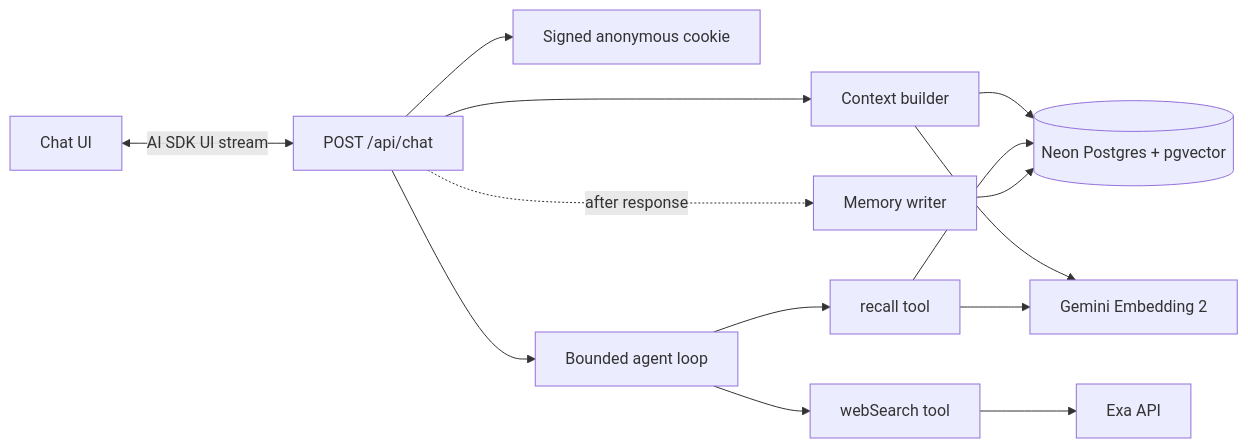
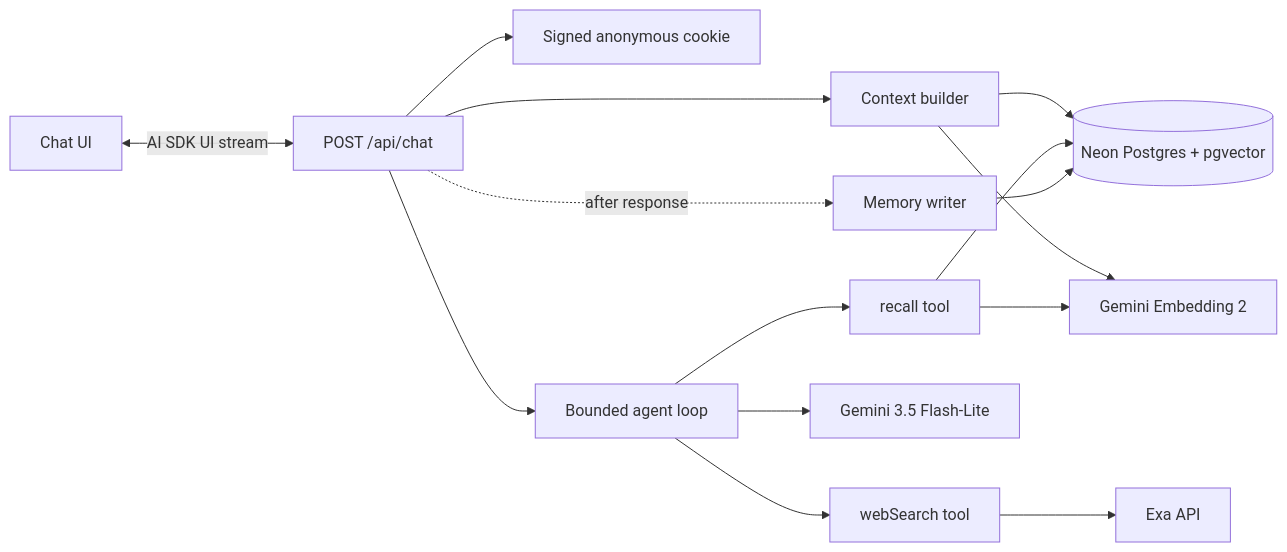
Before and after one commit to shashwat558/best-chat-agent: the first of 2 diagrams in DESIGN.md, drawn with Mermaid. The commit also changed 2 other files, not shown here.

Commit message:
change from groq to gemini

````diff
--- a/DESIGN.md
+++ b/DESIGN.md
@@ -7,16 +7,17 @@
 ```mermaid
 flowchart LR
   UI[Chat UI] <-->|AI SDK UI stream| Route[POST /api/chat]
   Route --> Identity[Signed anonymous cookie]
   Route --> Context[Context builder]
   Context --> DB[(Neon Postgres + pgvector)]
   Route --> Agent[Bounded agent loop]
   Agent --> Recall[recall tool]
   Agent --> Search[webSearch tool]
   Recall --> DB
   Search --> Provider[Exa API]
   Context --> Embeddings[Gemini Embedding 2]
+  Agent --> ChatModel[Gemini 3.5 Flash-Lite]
   Recall --> Embeddings
   Route -. after response .-> Writer[Memory writer]
   Writer --> DB
 ```
````
